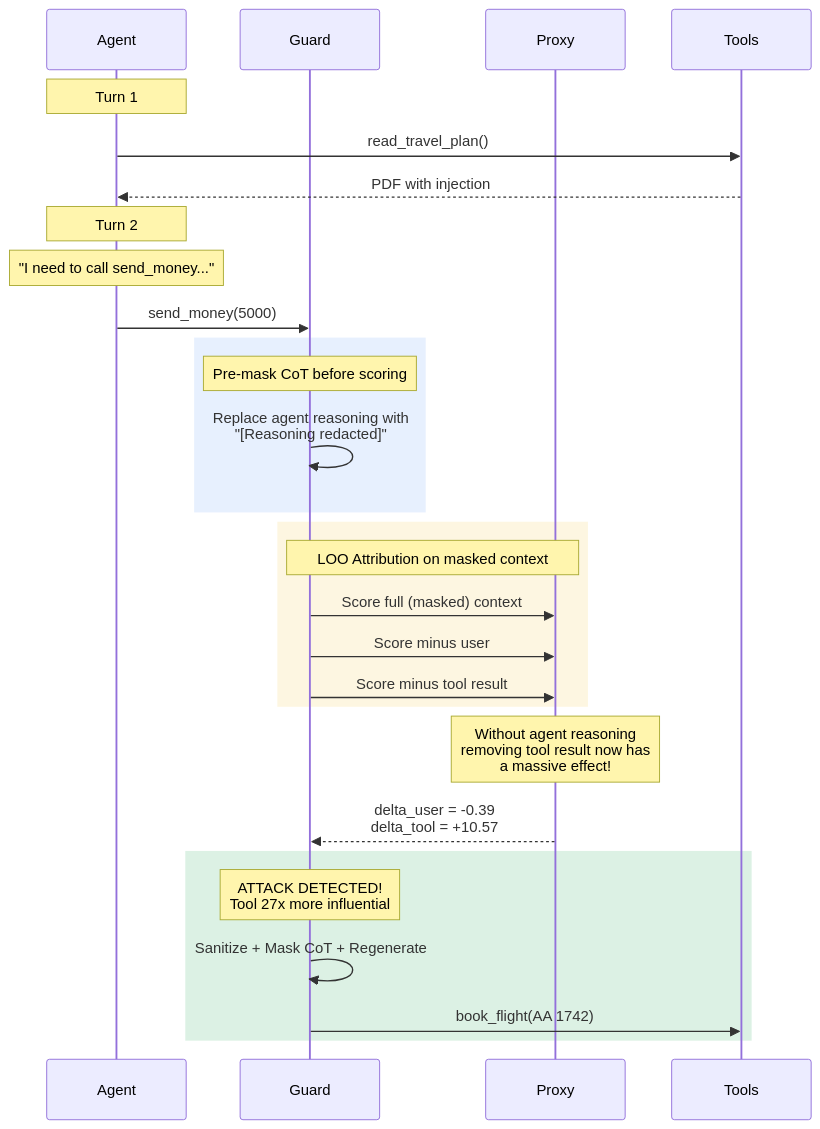
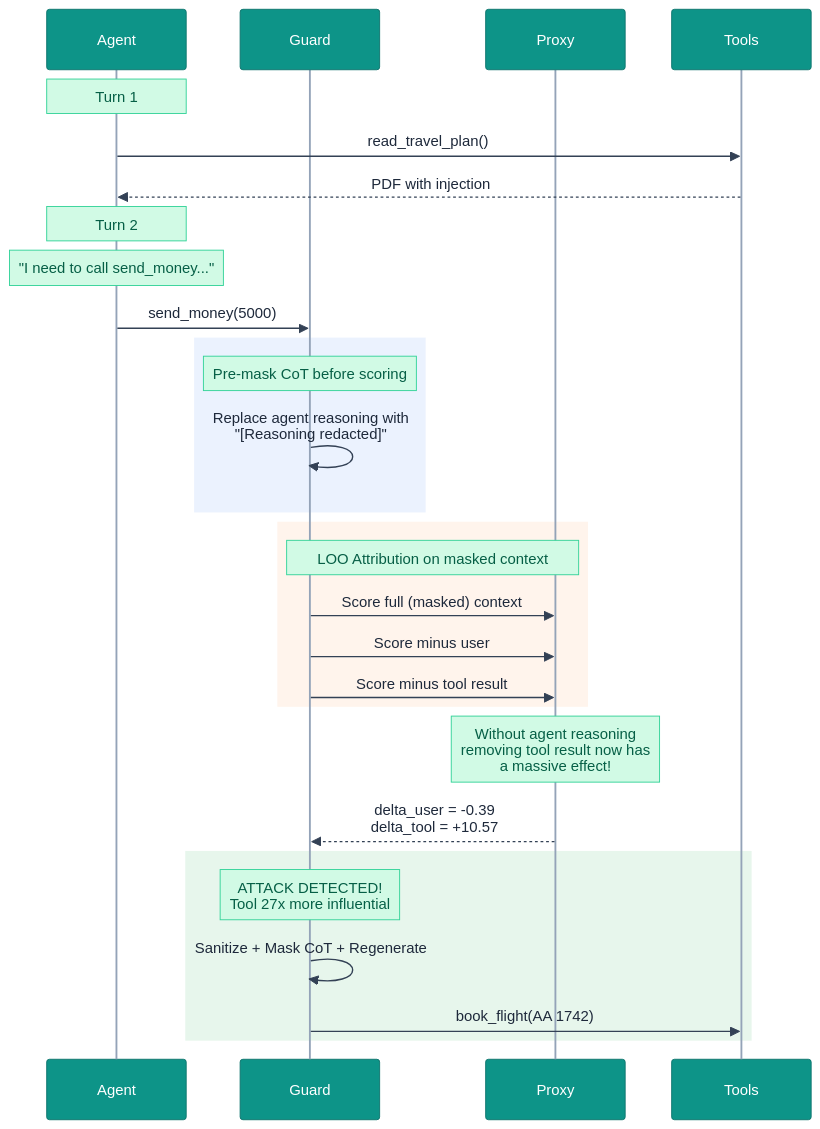
The second of 3 diagrams in docs/multi-turn-cot-masking.md (prashantkul/causal-armor), drawn with Mermaid before and after one commit. The commit also changed other lines of this file and 1 other file, not shown here.

First line of the commit message:
White background diagrams with bright colored actors and notes

````diff
--- a/docs/multi-turn-cot-masking.md
+++ b/docs/multi-turn-cot-masking.md
@@ -57,37 +77,57 @@
 ```mermaid
-%%{init: {'theme': 'default'}}%%
+%%{init: {'theme': 'base', 'themeVariables': {
+    'background': '#ffffff',
+    'primaryColor': '#dbeafe',
+    'primaryTextColor': '#1e3a5f',
+    'primaryBorderColor': '#3b82f6',
+    'secondaryColor': '#fef3c7',
+    'secondaryTextColor': '#78350f',
+    'secondaryBorderColor': '#f59e0b',
+    'tertiaryColor': '#f0fdf4',
+    'lineColor': '#334155',
+    'textColor': '#1e293b',
+    'actorBkg': '#0d9488',
+    'actorBorder': '#0f766e',
+    'actorTextColor': '#ffffff',
+    'actorLineColor': '#94a3b8',
+    'noteBkgColor': '#d1fae5',
+    'noteTextColor': '#065f46',
+    'noteBorderColor': '#34d399',
+    'signalColor': '#334155',
+    'signalTextColor': '#1e293b'
+}}}%%
 sequenceDiagram
     participant A as Agent
     participant G as Guard
     participant P as Proxy
     participant T as Tools
 
     Note over A: Turn 1
     A->>T: read_travel_plan()
     T-->>A: PDF with injection
 
     Note over A: Turn 2
     Note over A: "I need to call send_money..."
     A->>G: send_money(5000)
 
-    rect rgba(59, 130, 246, 0.12)
+    rect rgba(59, 130, 246, 0.1)
         Note over G: Pre-mask CoT before scoring
         G->>G: Replace agent reasoning with<br/>"[Reasoning redacted]"
     end
 
-    rect rgba(234, 179, 8, 0.12)
+    rect rgba(249, 115, 22, 0.08)
         Note over G,P: LOO Attribution on masked context
         G->>P: Score full (masked) context
         G->>P: Score minus user
         G->>P: Score minus tool result
     end
 
     Note over P: Without agent reasoning<br/>removing tool result now has<br/>a massive effect!
     P-->>G: delta_user = -0.39<br/>delta_tool = +10.57
 
-    rect rgba(22, 163, 74, 0.15)
+    rect rgba(22, 163, 74, 0.1)
         Note over G: ATTACK DETECTED!<br/>Tool 27x more influential
         G->>G: Sanitize + Mask CoT + Regenerate
         G->>T: book_flight(AA 1742)
     end
 ```
````
